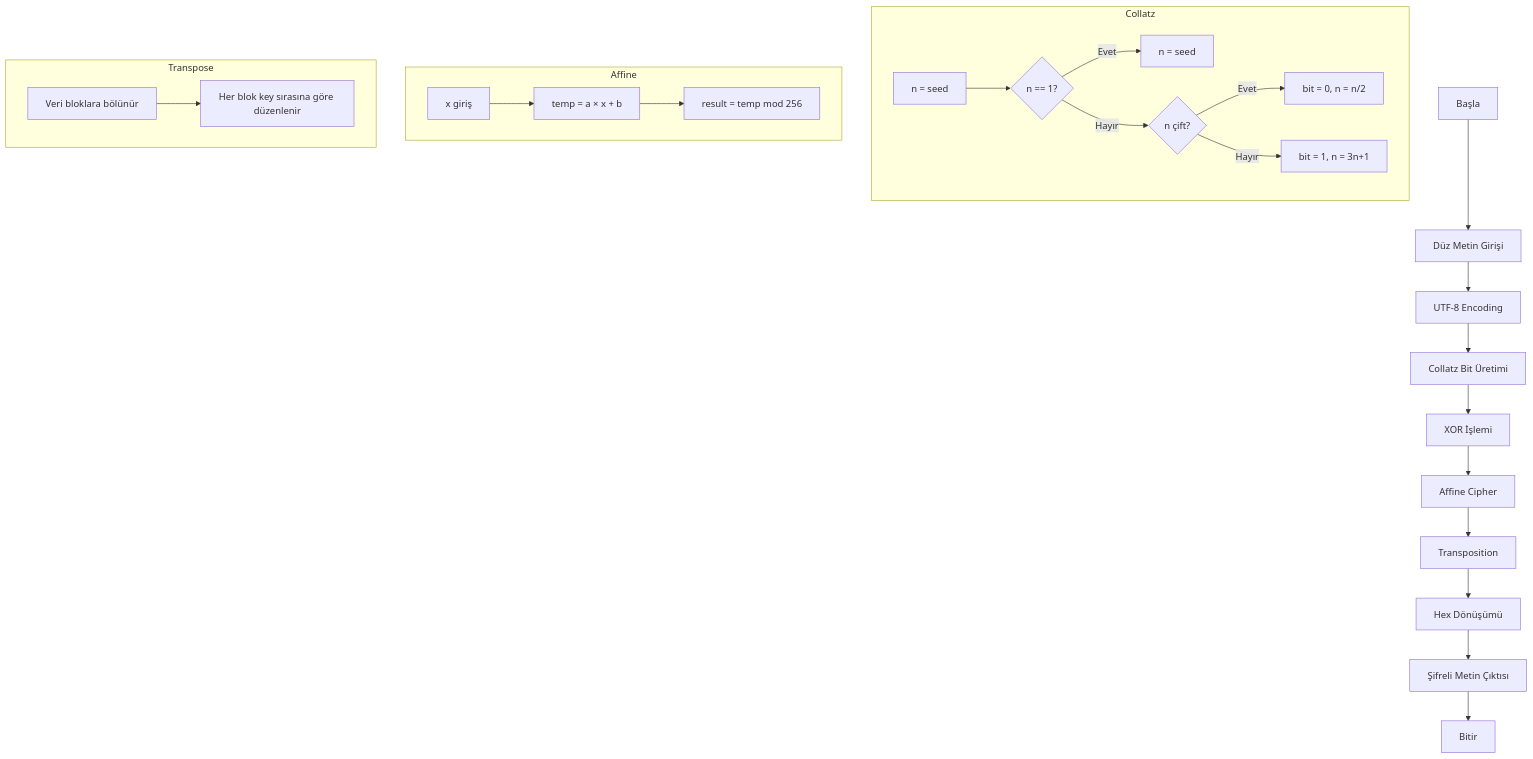
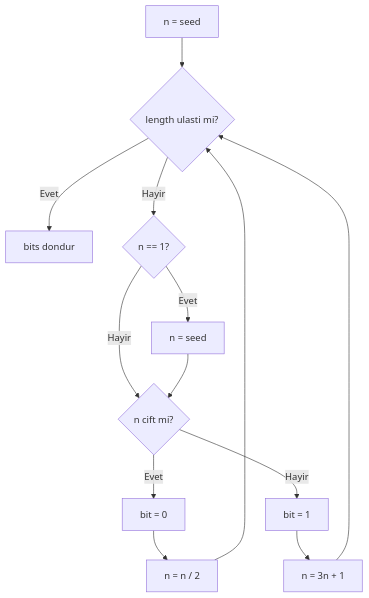
The second of 3 diagrams in docs/FLOWCHART.md (saitddundar/cs64-collatz), drawn with Mermaid before and after one commit. The commit also changed other lines of this file and 2 other files, not shown here.

Commit message:
Remove emojis and fix mermaid diagrams for professional look

````diff
--- a/docs/FLOWCHART.md
+++ b/docs/FLOWCHART.md
@@ -245,29 +262,15 @@
 ```mermaid
 flowchart TD
-    A[Başla] --> B[Düz Metin Girişi]
-    B --> C[UTF-8 Encoding]
-    C --> D[Collatz Bit Üretimi]
-    D --> E[XOR İşlemi]
-    E --> F[Affine Cipher]
-    F --> G[Transposition]
-    G --> H[Hex Dönüşümü]
-    H --> I[Şifreli Metin Çıktısı]
-    I --> J[Bitir]
-    
-    subgraph Collatz
-        D1[n = seed] --> D2{n == 1?}
-        D2 -->|Evet| D3[n = seed]
-        D2 -->|Hayır| D4{n çift?}
-        D4 -->|Evet| D5[bit = 0, n = n/2]
-        D4 -->|Hayır| D6[bit = 1, n = 3n+1]
-    end
-    
-    subgraph Affine
-        F1[x giriş] --> F2["temp = a × x + b"]
-        F2 --> F3["result = temp mod 256"]
-    end
-    
-    subgraph Transpose
-        G1[Veri bloklara bölünür] --> G2[Her blok key sırasına göre düzenlenir]
-    end
+    S[n = seed] --> A{length ulasti mi?}
+    A -->|Evet| R[bits dondur]
+    A -->|Hayir| B{n == 1?}
+    B -->|Evet| C[n = seed]
+    B -->|Hayir| D{n cift mi?}
+    C --> D
+    D -->|Evet| E[bit = 0]
+    D -->|Hayir| F[bit = 1]
+    E --> G[n = n / 2]
+    F --> H[n = 3n + 1]
+    G --> A
+    H --> A
 ```
````
